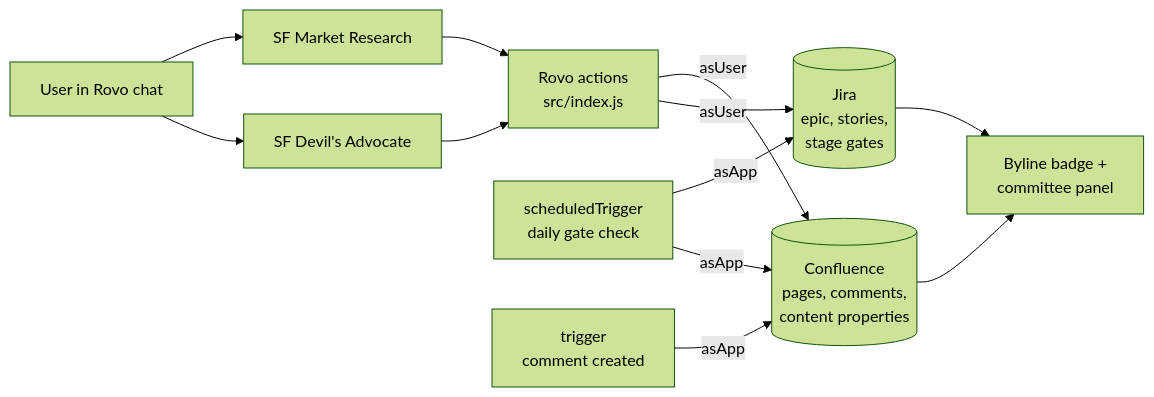
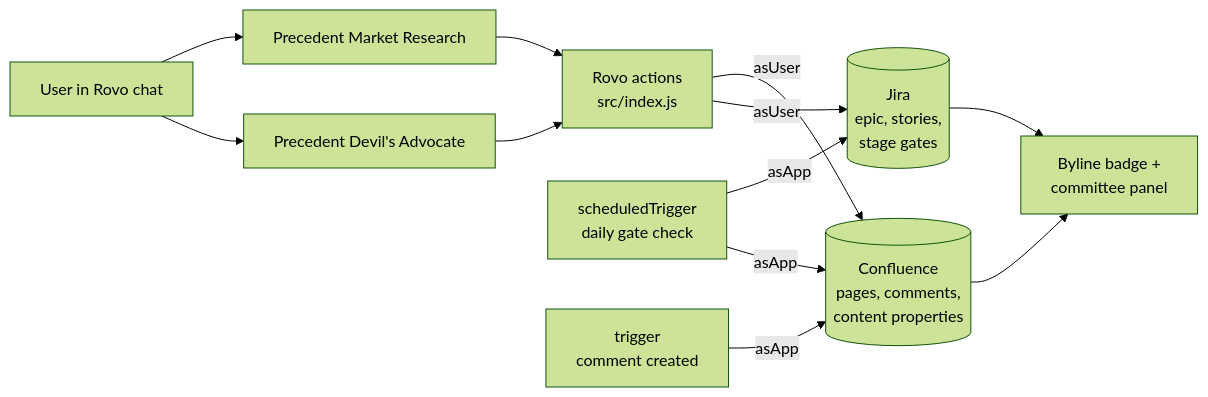
One commit to Gonzaloogm/precedent changed the diagram in docs/architecture.md. Above: the diagram before and after it, drawn with Mermaid (forest theme). The commit also changed other lines of this file and 18 other files, not shown here.

````diff
--- a/docs/architecture.md
+++ b/docs/architecture.md
@@ -6,13 +6,13 @@
 ```mermaid
 flowchart LR
-  U[User in Rovo chat] --> MR[SF Market Research]
-  U --> DA[SF Devil's Advocate]
+  U[User in Rovo chat] --> MR[Precedent Market Research]
+  U --> DA[Precedent Devil's Advocate]
   MR & DA --> A[Rovo actions<br/>src/index.js]
   A -->|asUser| C[(Confluence<br/>pages, comments,<br/>content properties)]
   A -->|asUser| J[(Jira<br/>epic, stories,<br/>stage gates)]
   C --> B[Byline badge +<br/>committee panel]
   J --> B
   S[scheduledTrigger<br/>daily gate check] -->|asApp| J
   S -->|asApp| C
   E[trigger<br/>comment created] -->|asApp| C
 ```
````
